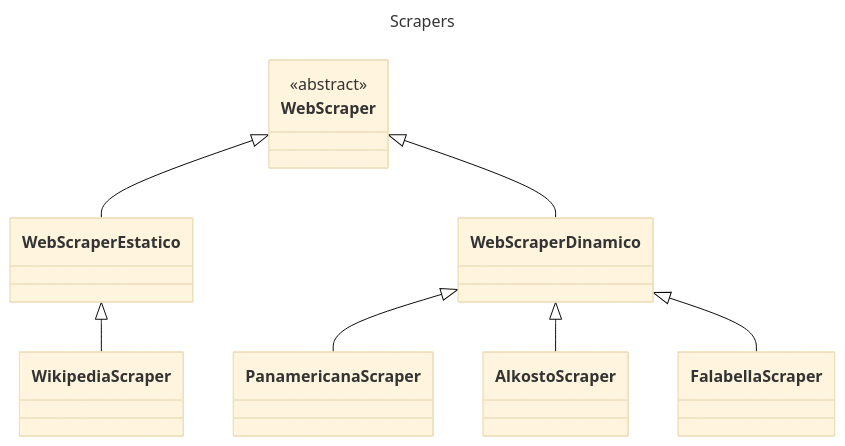
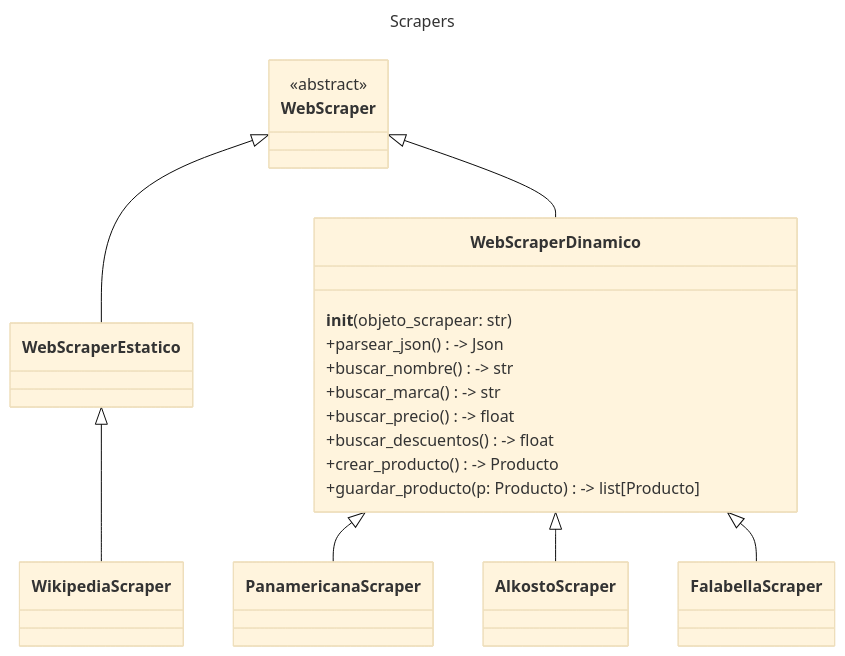
Before and after one commit to DanielFelipeGomezFonseca/poo_project: the third of 4 diagrams in README.md, drawn with Mermaid (base theme).

````diff
--- a/README.md
+++ b/README.md
@@ -149,28 +149,41 @@
 ```mermaid
 ---
 title: Scrapers
 ---
 classDiagram
 
 Relacion entre scrappers
     class WebScraper {
         <<abstract>>
     }
 
     class WebScraperEstatico
-    class WebScraperDinamico
+    class WebScraperDinamico{
+  __init__(objeto_scrapear: str) 
+  +parsear_json() -> Json
+  +buscar_nombre() -> str
+  +buscar_marca() -> str
+  +buscar_precio() -> float
+  +buscar_descuentos() -> float
+  +crear_producto() -> Producto
+  +guardar_producto(p: Producto) -> list[Producto]
+}
 
     class WikipediaScraper
-    class PanamericanaScraper
-    class AlkostoScraper
-    class FalabellaScraper
+    class PanamericanaScraper{
+}
+    class AlkostoScraper{
+}
+
+    class FalabellaScraper{
+}
 
     WebScraper <|-- WebScraperEstatico
     WebScraper <|-- WebScraperDinamico
 
     WebScraperEstatico <|-- WikipediaScraper
 
     WebScraperDinamico <|-- PanamericanaScraper
     WebScraperDinamico <|-- AlkostoScraper
     WebScraperDinamico <|-- FalabellaScraper
 ```
````
